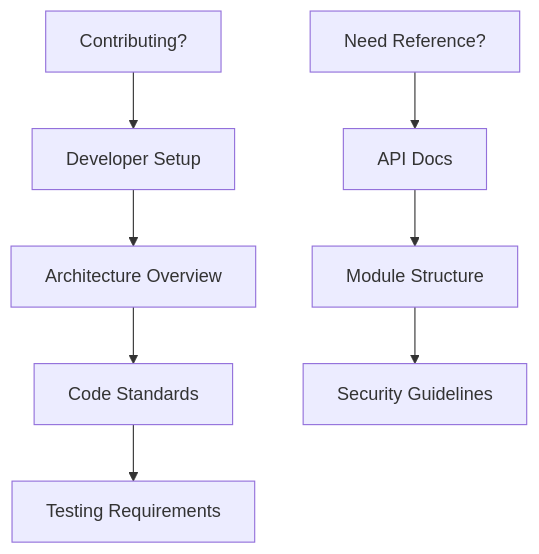
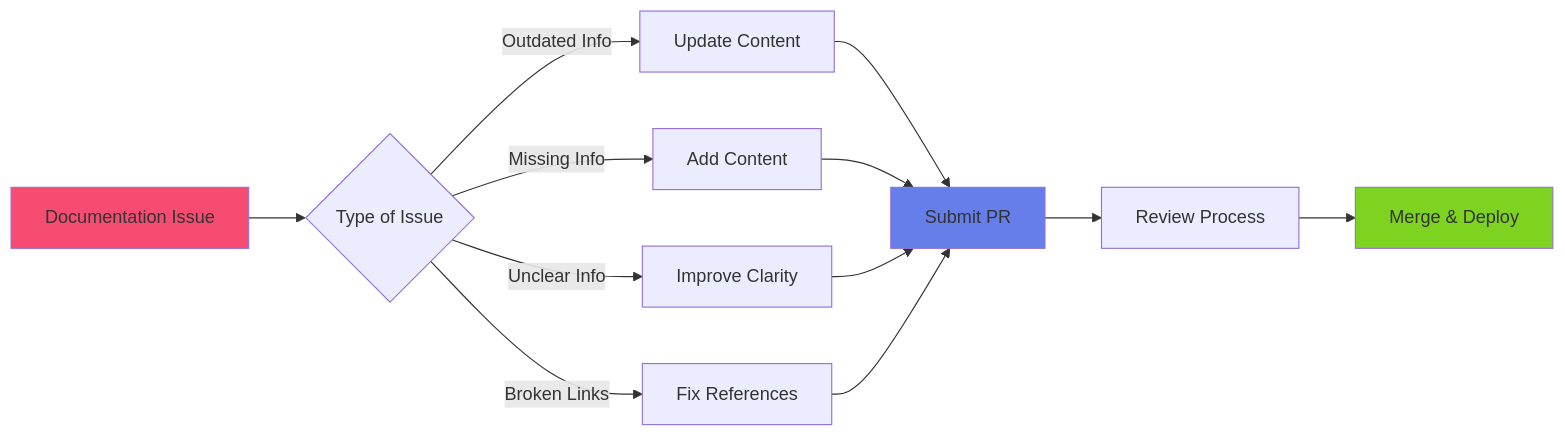
The seventh of 7 diagrams in docs/README.md (arkalia-luna-system/ia-pipeline), drawn with Mermaid before and after one commit. The commit also changed other lines of this file and 2 other files, not shown here.

Commit message:
Enhance documentation with professional design, metrics, and enterprise-grade standards

````diff
--- a/docs/README.md
+++ b/docs/README.md
@@ -82,11 +328,21 @@
 ```mermaid
-flowchart TD
-    A[Contributing?] --> B[Developer Setup]
-    B --> C[Architecture Overview]
-    C --> D[Code Standards]
-    D --> E[Testing Requirements]
+graph LR
+    A[Documentation Issue] --> B{Type of Issue}
     
-    F[Need Reference?] --> G[API Docs]
-    G --> H[Module Structure]
-    H --> I[Security Guidelines]
+    B -->|Outdated Info| C[Update Content]
+    B -->|Missing Info| D[Add Content]
+    B -->|Unclear Info| E[Improve Clarity]
+    B -->|Broken Links| F[Fix References]
+    
+    C --> G[Submit PR]
+    D --> G
+    E --> G
+    F --> G
+    
+    G --> H[Review Process]
+    H --> I[Merge & Deploy]
+    
+    style A fill:#f64c72
+    style G fill:#667eea
+    style I fill:#7ed321
 ```
````
